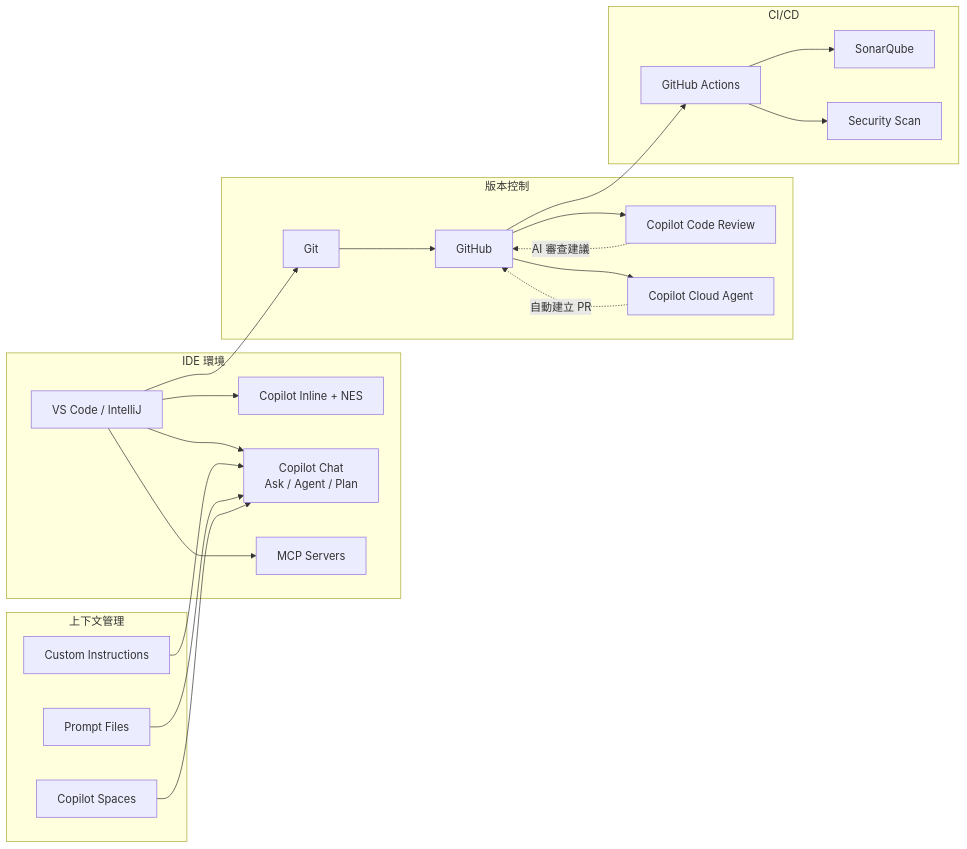
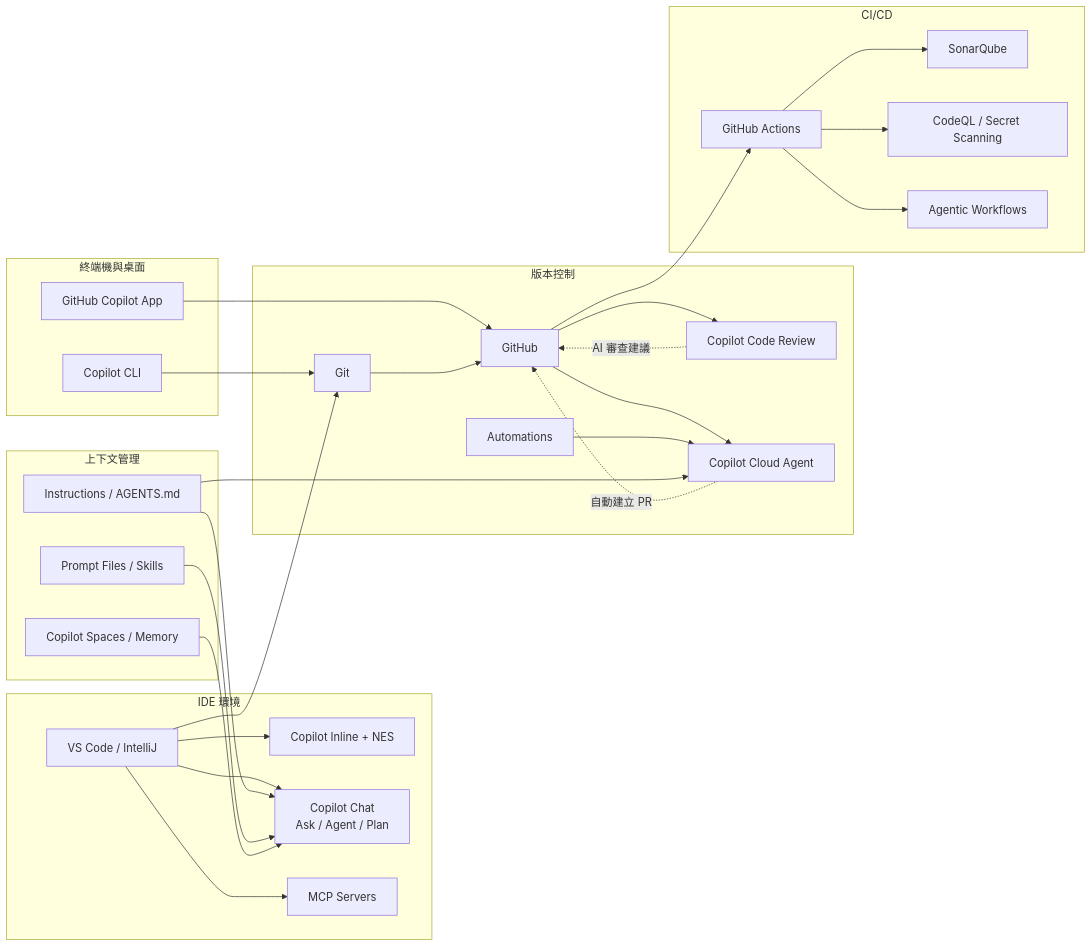
One commit to chihhung/Blog changed the sixth of 26 diagrams in content/posts/教學/AI開發/github copilot生態圈教學手冊.md. Above: the diagram before and after it, drawn with Mermaid. The commit also changed other lines of this file and 2 other files, not shown here.

````diff
--- a/content/posts/教學/AI開發/github copilot生態圈教學手冊.md
+++ b/content/posts/教學/AI開發/github copilot生態圈教學手冊.md
@@ -807,46 +1142,58 @@
 ```mermaid
 flowchart LR
     subgraph "IDE 環境"
         A[VS Code / IntelliJ]
         B[Copilot Inline + NES]
         C[Copilot Chat<br/>Ask / Agent / Plan]
         M[MCP Servers]
     end
     
+    subgraph "終端機與桌面"
+        R[Copilot CLI]
+        S[GitHub Copilot App]
+    end
+
     subgraph "版本控制"
         D[Git]
         E[GitHub]
         F[Copilot Code Review]
         N[Copilot Cloud Agent]
+        T[Automations]
     end
-    
+
     subgraph "CI/CD"
         G[GitHub Actions]
         H[SonarQube]
-        I[Security Scan]
+        I[CodeQL / Secret Scanning]
+        U[Agentic Workflows]
     end
-    
+
     subgraph "上下文管理"
-        O[Custom Instructions]
-        P[Prompt Files]
-        Q[Copilot Spaces]
+        O[Instructions / AGENTS.md]
+        P[Prompt Files / Skills]
+        Q[Copilot Spaces / Memory]
     end
-    
+
     A --> B
     A --> C
     A --> M
     A --> D
+    R --> D
+    S --> E
     D --> E
     E --> F
     E --> N
+    T --> N
     E --> G
     G --> H
     G --> I
-    
+    G --> U
+
     O --> C
     P --> C
     Q --> C
-    
+    O --> N
+
     F -.->|AI 審查建議| E
     N -.->|自動建立 PR| E
 ```
````
